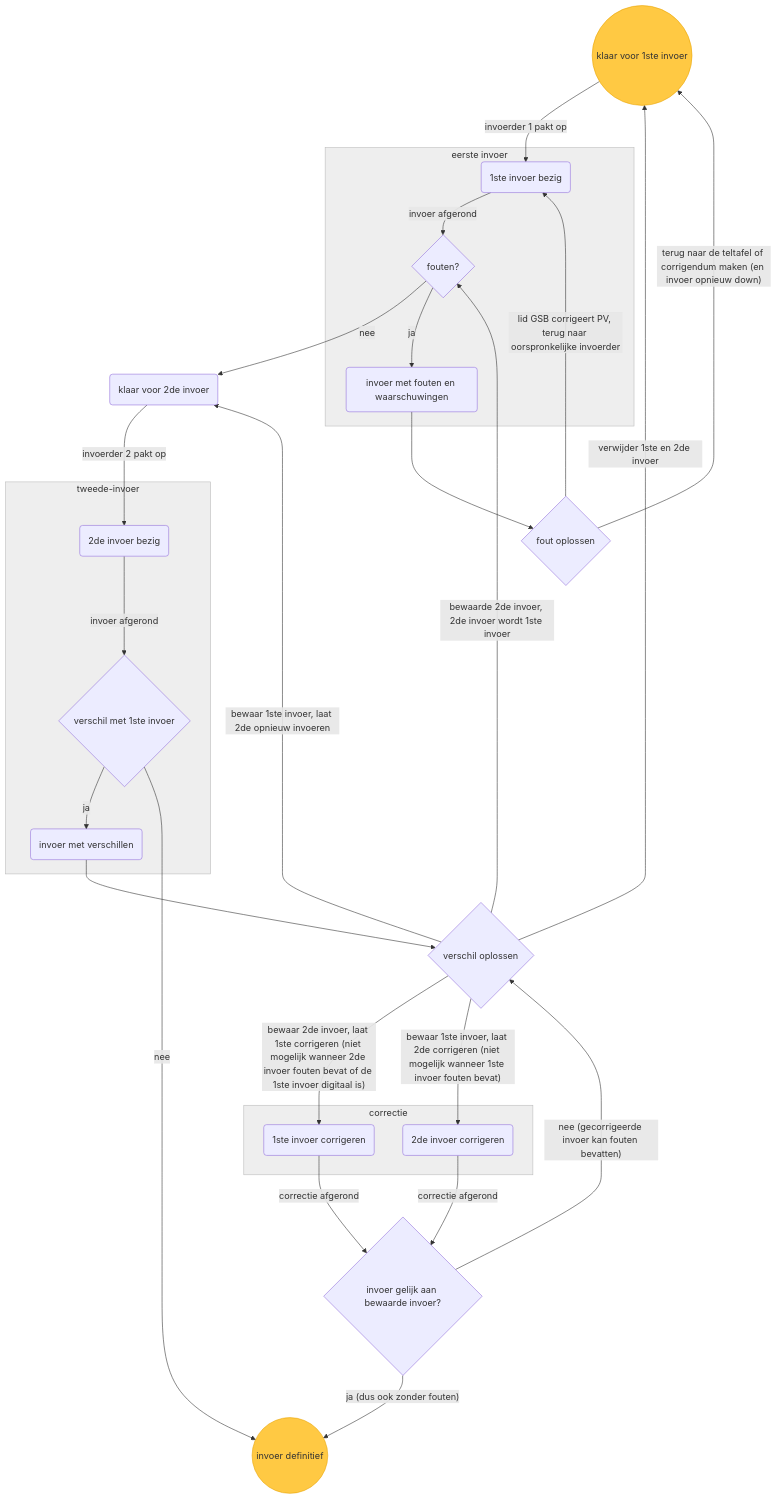
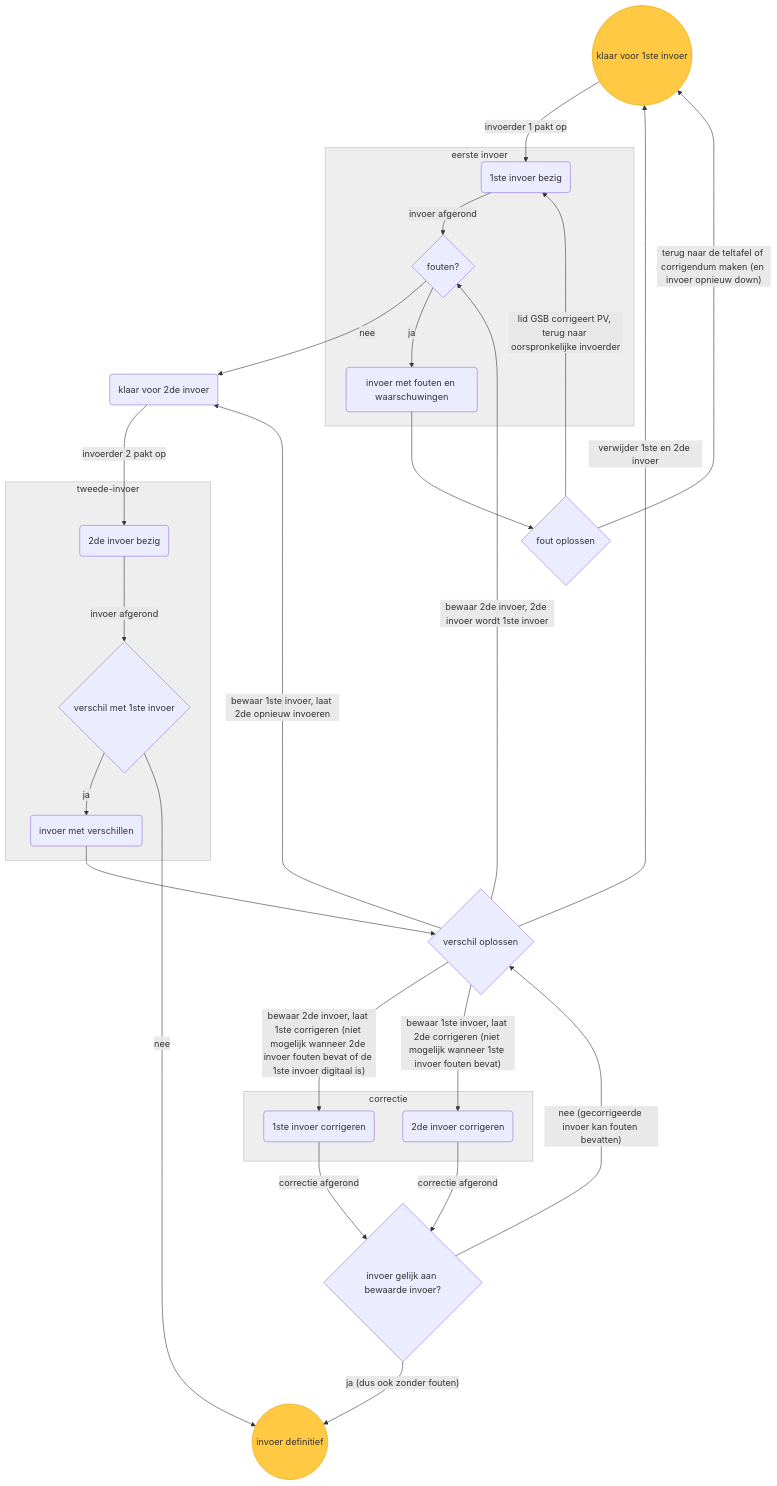
One commit to kiesraad/abacus-documentatie changed the diagram in use-cases/afhandeling-fouten-verschillen-coordinator.md. Above: the diagram before and after it, drawn with Mermaid. The commit also changed 1 other file, not shown here.

Commit message:
Apply suggestions from code review

````diff
--- a/use-cases/afhandeling-fouten-verschillen-coordinator.md
+++ b/use-cases/afhandeling-fouten-verschillen-coordinator.md
@@ -18,70 +18,70 @@
 ```mermaid
 flowchart TD
     %% elements
     klaar-voor-eerste-invoer((klaar voor 1ste invoer))
     eerste-invoer-bezig(1ste invoer bezig)
     fouten{fouten?}
     invoer-met-fouten-en-waarschuwingen-1(invoer met fouten en waarschuwingen)
     fout-oplossen{fout oplossen}
 
     klaar-voor-tweede-invoer(klaar voor 2de invoer)
     tweede-invoer-bezig(2de invoer bezig)
     verschil-oplossen{verschil oplossen}
     verschil-met-eerste-invoer{verschil met 1ste invoer}
     invoer-met-fouten-en-waarschuwingen-2(invoer met verschillen)
 
     tweede-invoer-corrigeren(2de invoer corrigeren)
     eerste-invoer-corrigeren(1ste invoer corrigeren)
     gecorrigeerde-invoer-gelijk{invoer gelijk aan bewaarde invoer?}
 
     invoer-definitief((invoer definitief))
 
     %% flow
     klaar-voor-eerste-invoer --invoerder 1 pakt op --> eerste-invoer-bezig
 
     fouten -- nee --> klaar-voor-tweede-invoer
     
     subgraph sg-eerste-invoer[eerste invoer]
     eerste-invoer-bezig -- invoer afgerond --> fouten
     fouten -- ja --> invoer-met-fouten-en-waarschuwingen-1
     end
 
     invoer-met-fouten-en-waarschuwingen-1 --> fout-oplossen
     fout-oplossen -- terug naar de teltafel of corrigendum maken (en invoer opnieuw down) --> klaar-voor-eerste-invoer
 
     fout-oplossen -- lid GSB corrigeert PV, terug naar oorspronkelijke invoerder --> eerste-invoer-bezig
 
     
     klaar-voor-tweede-invoer -- invoerder 2 pakt op --> tweede-invoer-bezig
 
     subgraph sg-tweede-invoer[tweede-invoer]
     tweede-invoer-bezig -- invoer afgerond --> verschil-met-eerste-invoer
     verschil-met-eerste-invoer -- ja --> invoer-met-fouten-en-waarschuwingen-2
     end
 
     invoer-met-fouten-en-waarschuwingen-2 --> verschil-oplossen
     verschil-oplossen -- bewaar 1ste invoer, laat 2de opnieuw invoeren --> klaar-voor-tweede-invoer
-    verschil-oplossen -- bewaarde 2de invoer, 2de invoer wordt 1ste invoer --> fouten
+    verschil-oplossen -- bewaar 2de invoer, 2de invoer wordt 1ste invoer --> fouten
     verschil-oplossen -- verwijder 1ste en 2de invoer --> klaar-voor-eerste-invoer
 
     subgraph sg-correctie[correctie]
     eerste-invoer-corrigeren
     tweede-invoer-corrigeren
     end
 
     verschil-oplossen -- bewaar 2de invoer, laat 1ste corrigeren (niet mogelijk wanneer 2de invoer fouten bevat of de 1ste invoer digitaal is) --> eerste-invoer-corrigeren
     verschil-oplossen -- bewaar 1ste invoer, laat 2de corrigeren (niet mogelijk wanneer 1ste invoer fouten bevat) --> tweede-invoer-corrigeren
 
     tweede-invoer-corrigeren -- correctie afgerond --> gecorrigeerde-invoer-gelijk
     eerste-invoer-corrigeren -- correctie afgerond --> gecorrigeerde-invoer-gelijk
     gecorrigeerde-invoer-gelijk -- ja (dus ook zonder fouten) --> invoer-definitief
     gecorrigeerde-invoer-gelijk -- nee (gecorrigeerde invoer kan fouten bevatten) --> verschil-oplossen
 
     verschil-met-eerste-invoer -- nee --> invoer-definitief
 
     %% styling
     classDef greyFill fill:#eee,stroke:#bbb;
     class sg-eerste-invoer,sg-tweede-invoer,sg-correctie greyFill;
     classDef yellowFill fill:#ffc943,stroke:#e8a302;
     class klaar-voor-eerste-invoer,invoer-definitief yellowFill;
 ```
````
